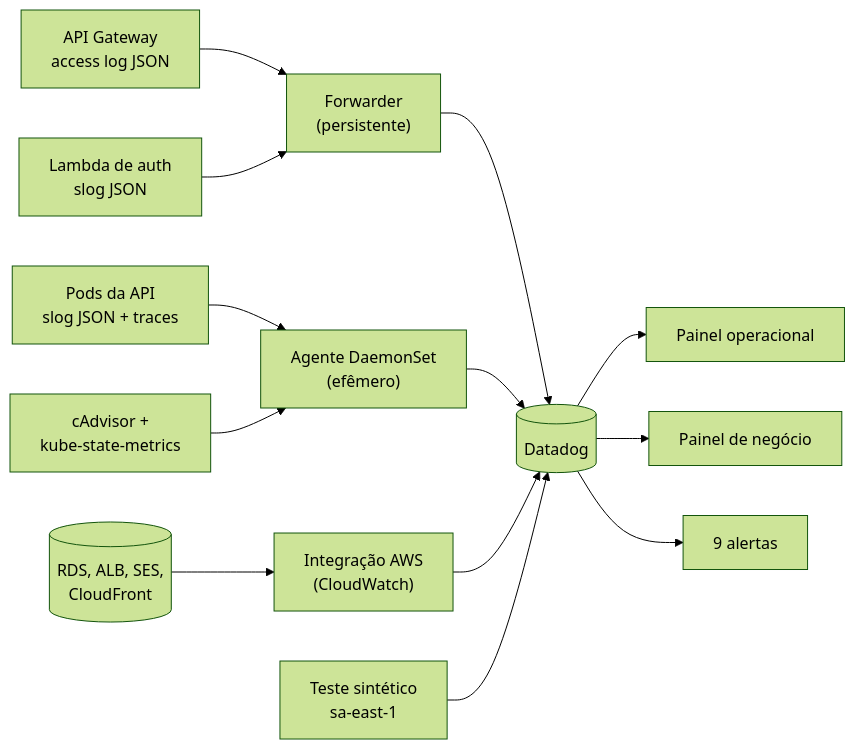
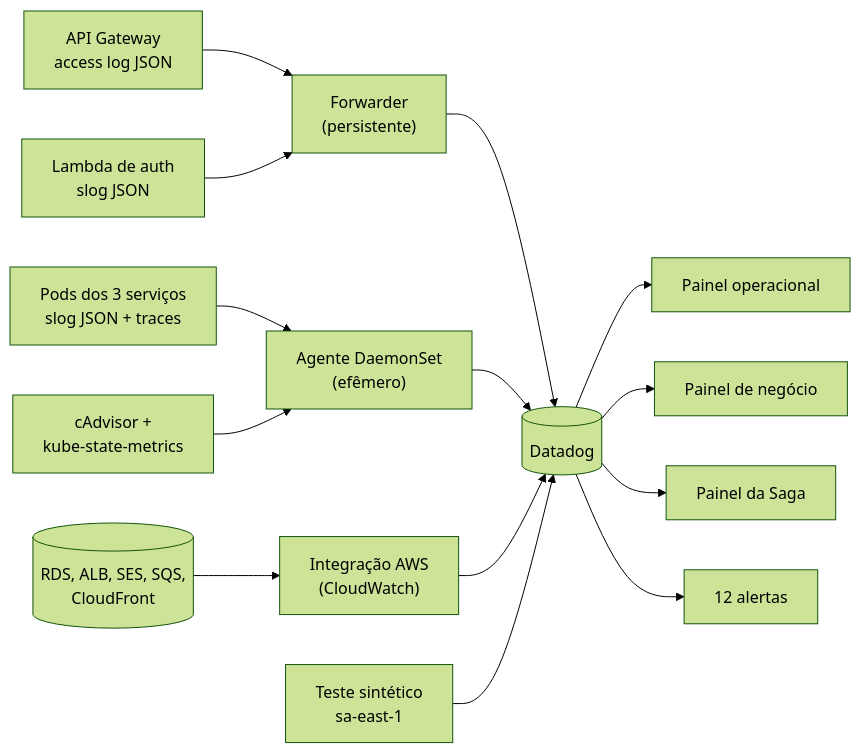
The third of 3 diagrams in README.md (SOAT-15-Oficina/oficina-mecanica-infrastructure), drawn with Mermaid (forest theme) before and after one commit. The commit also changed other lines of this file and 4 other files, not shown here.

First line of the commit message:
Atualiza README e diagramas para a plataforma da Fase 4

````diff
--- a/README.md
+++ b/README.md
@@ -323,15 +346,16 @@
 ```mermaid
 flowchart LR
     GW["API Gateway<br/>access log JSON"] --> FWD
     LMB["Lambda de auth<br/>slog JSON"] --> FWD
     FWD["Forwarder<br/>(persistente)"] --> DD
-    APP["Pods da API<br/>slog JSON + traces"] --> AG
+    APP["Pods dos 3 serviços<br/>slog JSON + traces"] --> AG
     K8S["cAdvisor +<br/>kube-state-metrics"] --> AG
     AG["Agente DaemonSet<br/>(efêmero)"] --> DD
-    RDS[("RDS, ALB, SES,<br/>CloudFront")] --> INT
+    RDS[("RDS, ALB, SES, SQS,<br/>CloudFront")] --> INT
     INT["Integração AWS<br/>(CloudWatch)"] --> DD
     SYN["Teste sintético<br/>sa-east-1"] --> DD
     DD[("Datadog")] --> D1["Painel operacional"]
     DD --> D2["Painel de negócio"]
-    DD --> AL["9 alertas"]
+    DD --> D3["Painel da Saga"]
+    DD --> AL["12 alertas"]
 ```
````
